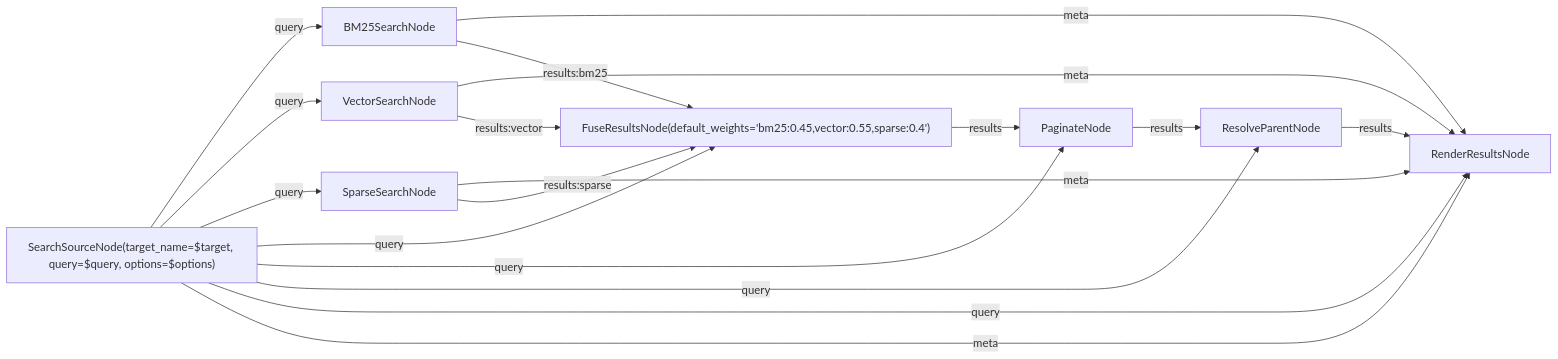
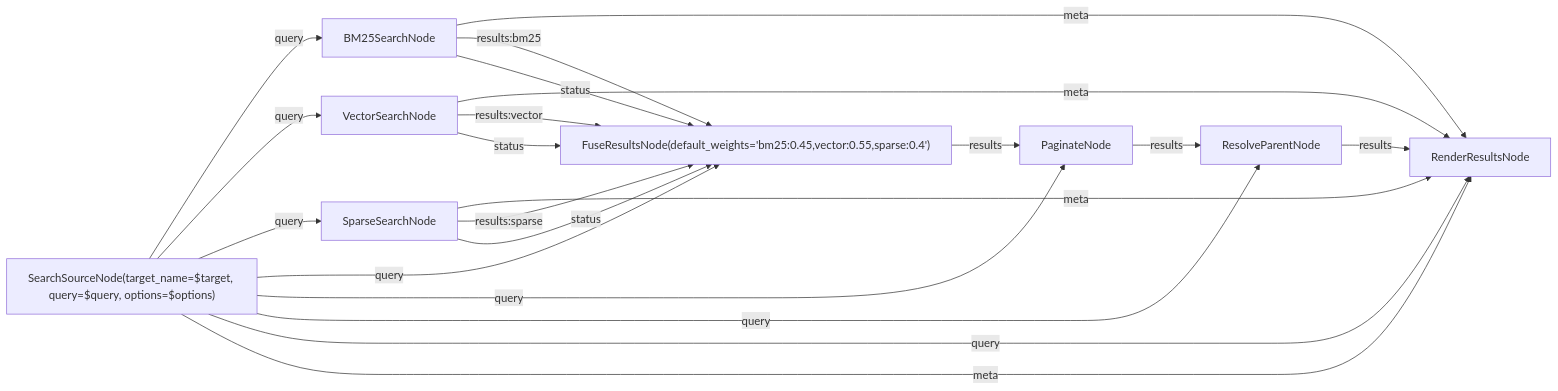
One commit to L-Defraiteur/rag3db changed the diagram in extension/rag3weaver/templates/tools/search_structured.mmd. Above: the diagram before and after it, drawn with Mermaid. The commit also changed 13 other files, not shown here.

```diff
--- a/extension/rag3weaver/templates/tools/search_structured.mmd
+++ b/extension/rag3weaver/templates/tools/search_structured.mmd
@@ -1,33 +1,36 @@
 %% tool: search_structured
 %% description: Recherche structurée dans une entité : lucivy et dense local, filtres appliqués par chaque signal avant fusion et pagination.
 %% param: target string! -- Entité où chercher.
 %% param: query string! -- Description naturelle ou nom de carte.
 %% param: options json! -- SearchOptions : filter_condition, limit, offset, signals, consistency. Les restrictions collection/deck sont injectées ici avant l'exécution.
 %% result: render.results
 
 graph LR
     source["SearchSourceNode(target_name=$target, query=$query, options=$options)"]
     bm25["BM25SearchNode"]
     vector["VectorSearchNode"]
     sparse["SparseSearchNode"]
     fuse["FuseResultsNode(default_weights='bm25:0.45,vector:0.55,sparse:0.4')"]
     paginate["PaginateNode"]
     resolve["ResolveParentNode"]
     render["RenderResultsNode"]
     source -->|query| bm25
     source -->|query| vector
     source -->|query| sparse
     source -->|query| fuse
     source -->|query| paginate
     source -->|query| resolve
     source -->|query| render
     source -->|meta| render
     bm25 -->|meta| render
     vector -->|meta| render
     sparse -->|meta| render
     bm25 -->|results:bm25| fuse
+    bm25 -->|status| fuse
     vector -->|results:vector| fuse
+    vector -->|status| fuse
     sparse -->|results:sparse| fuse
+    sparse -->|status| fuse
     fuse -->|results| paginate
     paginate -->|results| resolve
     resolve -->|results| render
```
